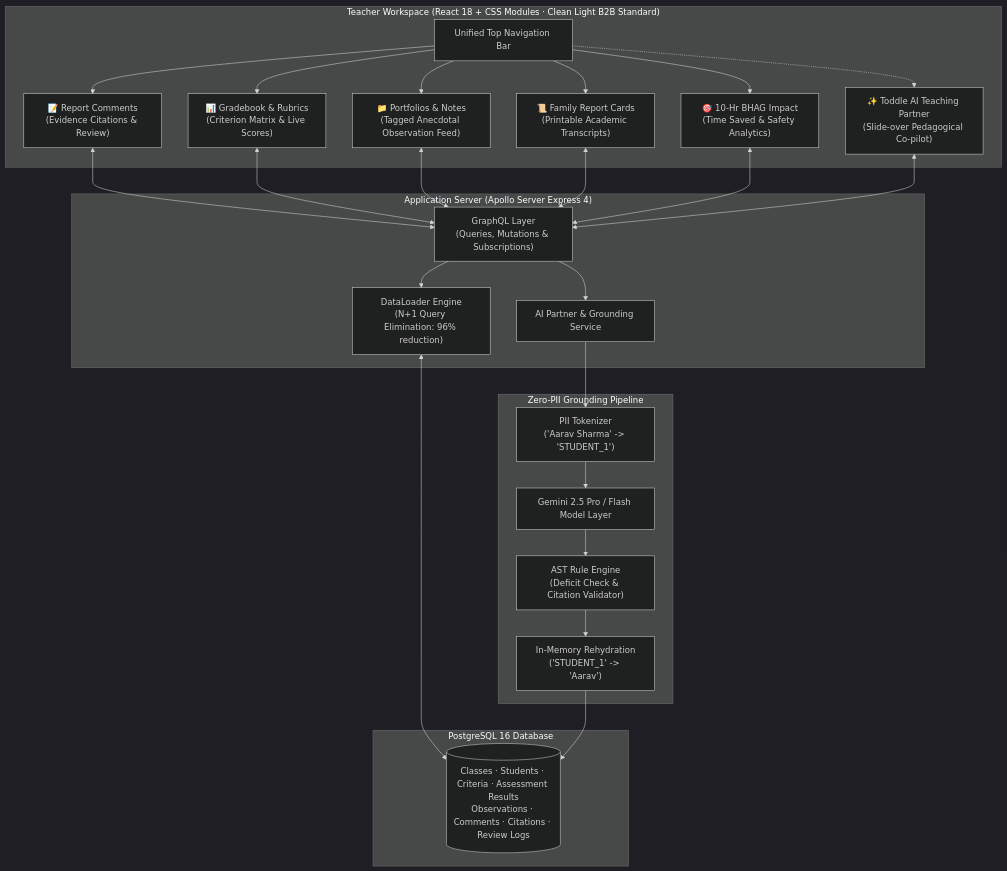
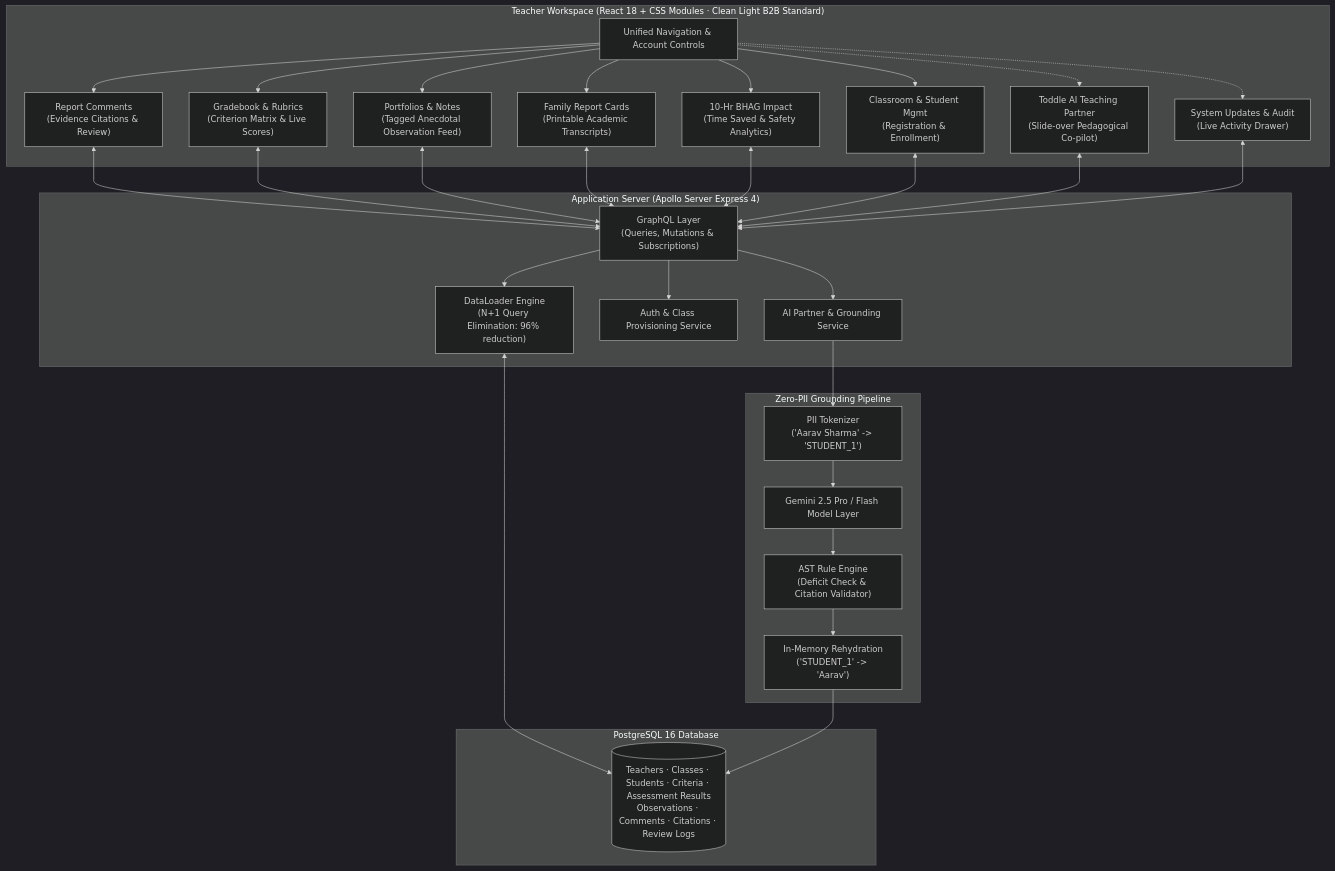
The diagram in README.md (Mudit-R/hourback), drawn with Mermaid (dark theme) before and after one commit. The commit also changed other lines of this file, not shown here.

Commit message:
docs: remove emojis and document authentication, class registration, student management, and audit feed

````diff
--- a/README.md
+++ b/README.md
@@ -39,38 +39,41 @@
 ```mermaid
 flowchart TB
     subgraph UI ["Teacher Workspace (React 18 + CSS Modules · Clean Light B2B Standard)"]
-        Nav["Unified Top Navigation Bar"]
-        M1["📝 Report Comments\n(Evidence Citations & Review)"]
-        M2["📊 Gradebook & Rubrics\n(Criterion Matrix & Live Scores)"]
-        M3["📁 Portfolios & Notes\n(Tagged Anecdotal Observation Feed)"]
-        M4["📜 Family Report Cards\n(Printable Academic Transcripts)"]
-        M5["🎯 10-Hr BHAG Impact\n(Time Saved & Safety Analytics)"]
-        AIAssist["✨ Toddle AI Teaching Partner\n(Slide-over Pedagogical Co-pilot)"]
-        Nav --> M1 & M2 & M3 & M4 & M5
-        Nav -.-> AIAssist
+        Nav["Unified Navigation & Account Controls"]
+        M1["Report Comments\n(Evidence Citations & Review)"]
+        M2["Gradebook & Rubrics\n(Criterion Matrix & Live Scores)"]
+        M3["Portfolios & Notes\n(Tagged Anecdotal Observation Feed)"]
+        M4["Family Report Cards\n(Printable Academic Transcripts)"]
+        M5["10-Hr BHAG Impact\n(Time Saved & Safety Analytics)"]
+        M6["Classroom & Student Mgmt\n(Registration & Enrollment)"]
+        AIAssist["Toddle AI Teaching Partner\n(Slide-over Pedagogical Co-pilot)"]
+        Audit["System Updates & Audit\n(Live Activity Drawer)"]
+        Nav --> M1 & M2 & M3 & M4 & M5 & M6
+        Nav -.-> AIAssist & Audit
     end
 
     subgraph API ["Application Server (Apollo Server Express 4)"]
         GQL["GraphQL Layer\n(Queries, Mutations & Subscriptions)"]
         DataLoader["DataLoader Engine\n(N+1 Query Elimination: 96% reduction)"]
+        AuthService["Auth & Class Provisioning Service"]
         AIEngine["AI Partner & Grounding Service"]
     end
 
     subgraph PrivacyPipeline ["Zero-PII Grounding Pipeline"]
         PIIToken["PII Tokenizer\n('Aarav Sharma' -> 'STUDENT_1')"]
         LLM["Gemini 2.5 Pro / Flash Model Layer"]
         Guard["AST Rule Engine\n(Deficit Check & Citation Validator)"]
         Hydrate["In-Memory Rehydration\n('STUDENT_1' -> 'Aarav')"]
     end
 
     subgraph Database ["PostgreSQL 16 Database"]
-        Tables[("Classes · Students · Criteria · Assessment Results\nObservations · Comments · Citations · Review Logs")]
+        Tables[("Teachers · Classes · Students · Criteria · Assessment Results\nObservations · Comments · Citations · Review Logs")]
     end
 
-    M1 & M2 & M3 & M4 & M5 <--> GQL
-    AIAssist <--> GQL
+    M1 & M2 & M3 & M4 & M5 & M6 <--> GQL
+    AIAssist & Audit <--> GQL
     GQL --> DataLoader
     DataLoader <--> Tables
-    GQL --> AIEngine
+    GQL --> AuthService & AIEngine
     AIEngine --> PIIToken --> LLM --> Guard --> Hydrate --> Tables
 ```
````
